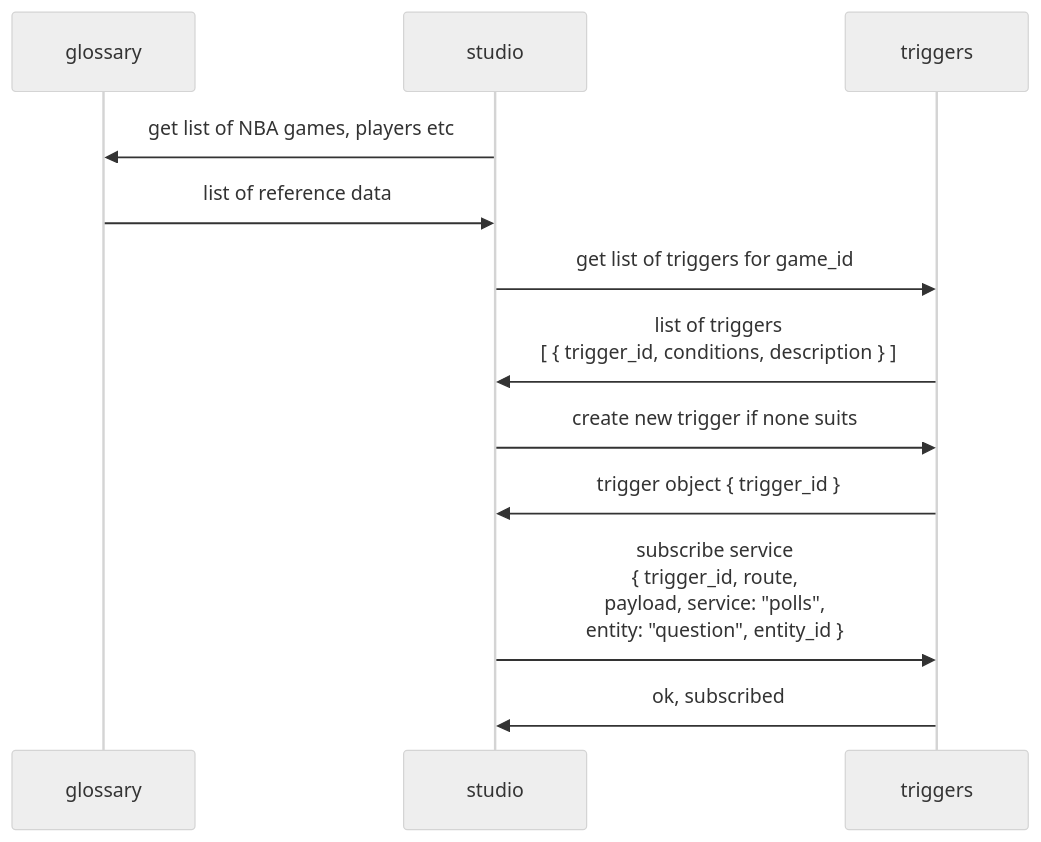
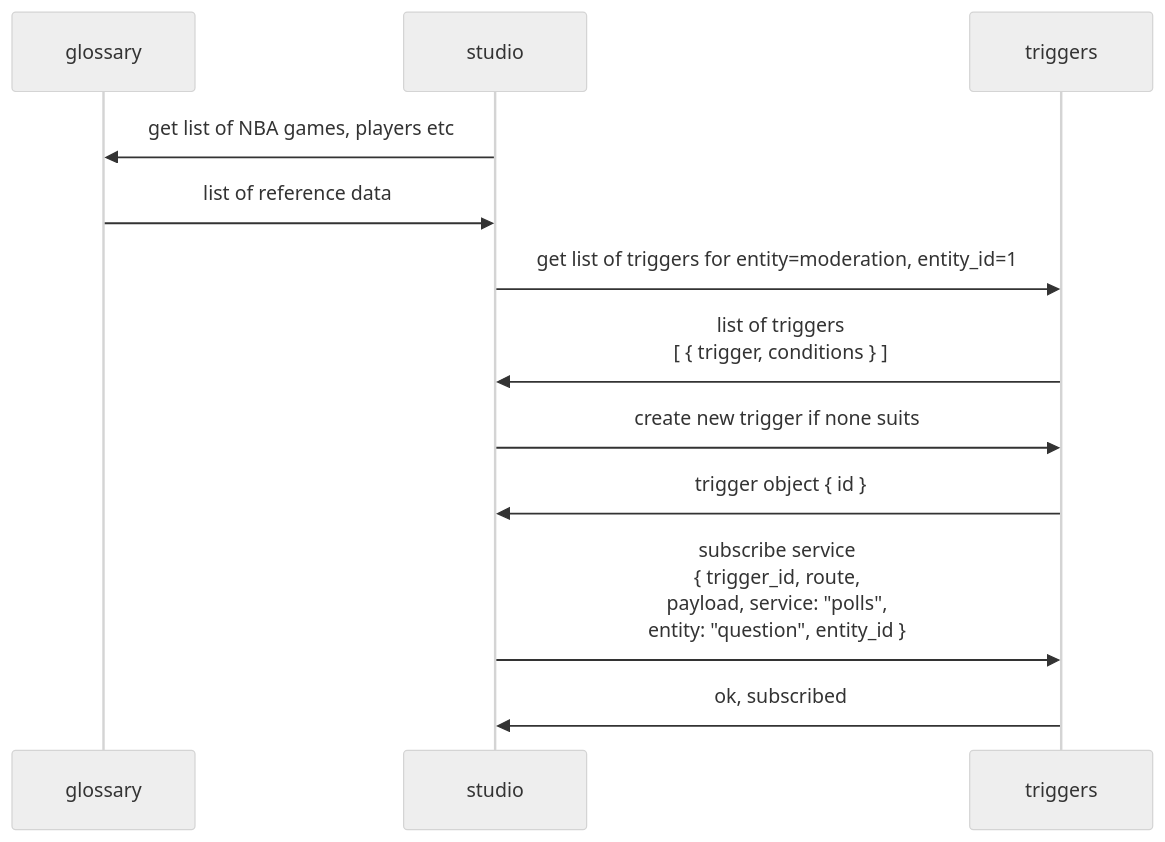
Before and after one commit to kristobalus/sport-triggers: the second of 3 diagrams in readme.md, drawn with Mermaid (neutral theme). The commit also changed 11 other files, not shown here.

First line of the commit message:
feat: trigger list by scope (#9)

````diff
--- a/readme.md
+++ b/readme.md
@@ -69,14 +69,14 @@
 ```mermaid
 sequenceDiagram       
     participant glossary
     participant studio            
     participant triggers
     studio->>glossary: get list of NBA games, players etc
     glossary->>studio: list of reference data
-    studio->>triggers: get list of triggers for game_id
-    triggers->>studio: list of triggers <br/>[ { trigger_id, conditions, description } ]
+    studio->>triggers: get list of triggers for entity=moderation, entity_id=1
+    triggers->>studio: list of triggers <br/>[ { trigger, conditions } ]
     studio->>triggers: create new trigger if none suits
-    triggers->>studio: trigger object { trigger_id }
+    triggers->>studio: trigger object { id }
     studio->>triggers: subscribe service <br/>{ trigger_id, route, <br/>payload, service: "polls", <br/>entity: "question", entity_id }
     triggers->>studio: ok, subscribed
 ```
````
